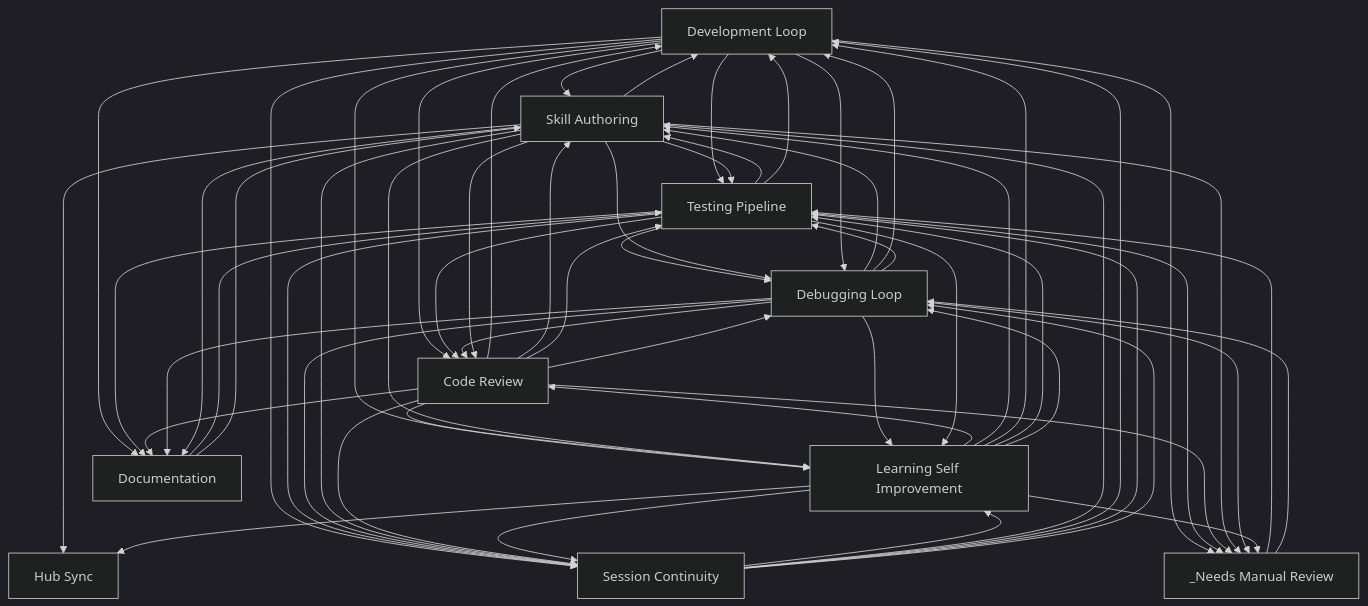
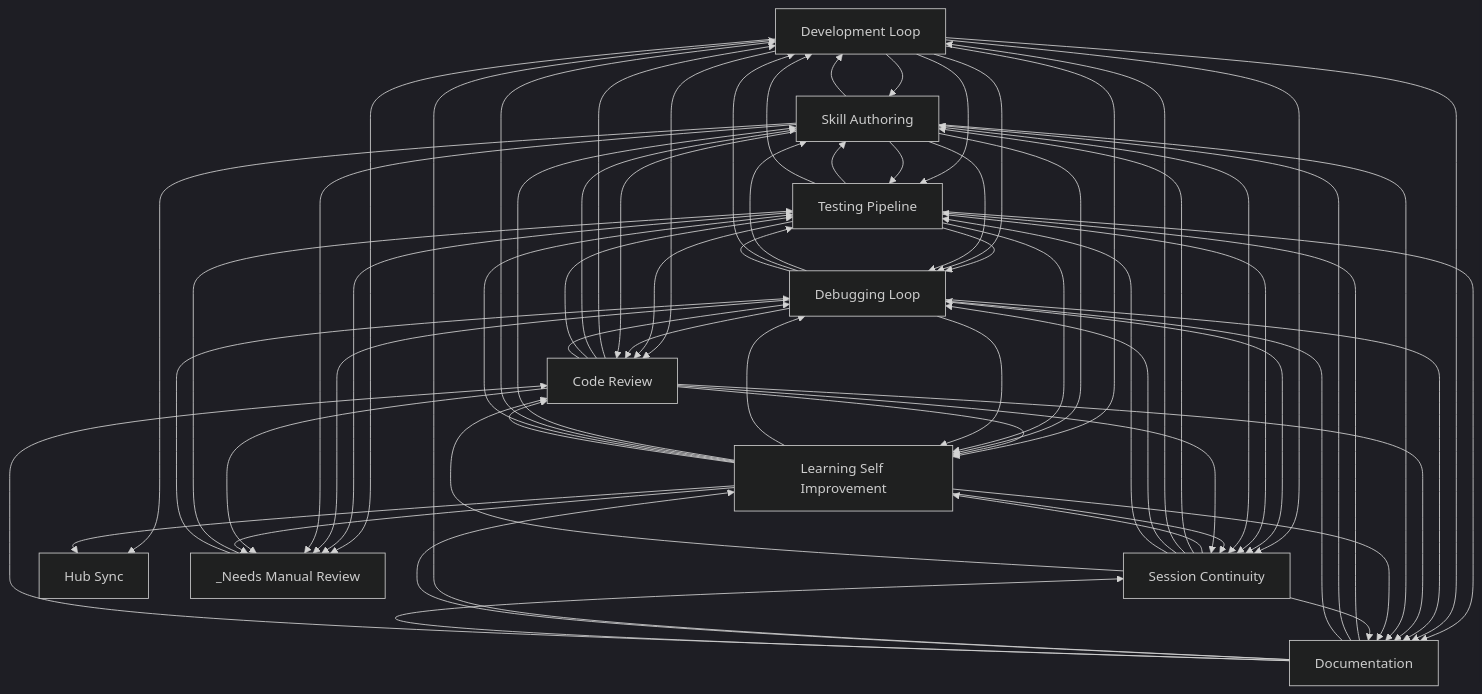
Before and after one commit to abhayla/claude-best-practices: the diagram in docs/workflows/INDEX.md, drawn with Mermaid (dark theme). The commit also changed other lines of this file and 14 other files, not shown here.

````diff
--- a/docs/workflows/INDEX.md
+++ b/docs/workflows/INDEX.md
@@ -22,71 +22,79 @@
 ```mermaid
 graph TD
     development_loop[Development Loop]
     testing_pipeline[Testing Pipeline]
     debugging_loop[Debugging Loop]
     learning_self_improvement[Learning Self Improvement]
     session_continuity[Session Continuity]
     skill_authoring[Skill Authoring]
     code_review[Code Review]
     documentation[Documentation]
     hub_sync[Hub Sync]
     _needs_manual_review[_Needs Manual Review]
     documentation --> testing_pipeline
     documentation --> skill_authoring
     development_loop --> skill_authoring
     development_loop --> code_review
     code_review --> development_loop
     code_review --> skill_authoring
     development_loop --> learning_self_improvement
     development_loop --> testing_pipeline
     code_review --> learning_self_improvement
     code_review --> testing_pipeline
     testing_pipeline --> skill_authoring
     skill_authoring --> testing_pipeline
+    testing_pipeline --> debugging_loop
     testing_pipeline --> development_loop
-    testing_pipeline --> debugging_loop
-    skill_authoring --> development_loop
-    skill_authoring --> debugging_loop
     testing_pipeline --> code_review
-    debugging_loop --> code_review
+    testing_pipeline --> documentation
     debugging_loop --> skill_authoring
     debugging_loop --> development_loop
     debugging_loop --> testing_pipeline
+    debugging_loop --> code_review
     development_loop --> debugging_loop
+    development_loop --> documentation
+    debugging_loop --> documentation
+    skill_authoring --> development_loop
     skill_authoring --> code_review
     skill_authoring --> learning_self_improvement
     development_loop --> _needs_manual_review
     testing_pipeline --> _needs_manual_review
-    development_loop --> documentation
-    testing_pipeline --> documentation
     code_review --> documentation
     development_loop --> session_continuity
     session_continuity --> learning_self_improvement
     _needs_manual_review --> testing_pipeline
+    testing_pipeline --> learning_self_improvement
+    debugging_loop --> session_continuity
     testing_pipeline --> session_continuity
-    debugging_loop --> session_continuity
     skill_authoring --> session_continuity
+    skill_authoring --> debugging_loop
     _needs_manual_review --> debugging_loop
     debugging_loop --> learning_self_improvement
-    testing_pipeline --> learning_self_improvement
-    learning_self_improvement --> code_review
+    learning_self_improvement --> debugging_loop
     learning_self_improvement --> skill_authoring
     learning_self_improvement --> development_loop
     learning_self_improvement --> testing_pipeline
-    learning_self_improvement --> debugging_loop
+    learning_self_improvement --> code_review
     code_review --> debugging_loop
+    debugging_loop --> _needs_manual_review
+    skill_authoring --> _needs_manual_review
     code_review --> _needs_manual_review
-    skill_authoring --> _needs_manual_review
-    debugging_loop --> _needs_manual_review
+    skill_authoring --> documentation
+    learning_self_improvement --> session_continuity
     code_review --> session_continuity
-    learning_self_improvement --> session_continuity
     session_continuity --> skill_authoring
-    debugging_loop --> documentation
     session_continuity --> development_loop
+    session_continuity --> debugging_loop
     session_continuity --> testing_pipeline
-    session_continuity --> debugging_loop
     skill_authoring --> hub_sync
     learning_self_improvement --> hub_sync
     learning_self_improvement --> _needs_manual_review
-    skill_authoring --> documentation
+    documentation --> debugging_loop
+    documentation --> development_loop
+    documentation --> learning_self_improvement
+    learning_self_improvement --> documentation
+    session_continuity --> documentation
+    session_continuity --> code_review
+    documentation --> code_review
+    documentation --> session_continuity
 ```
````
